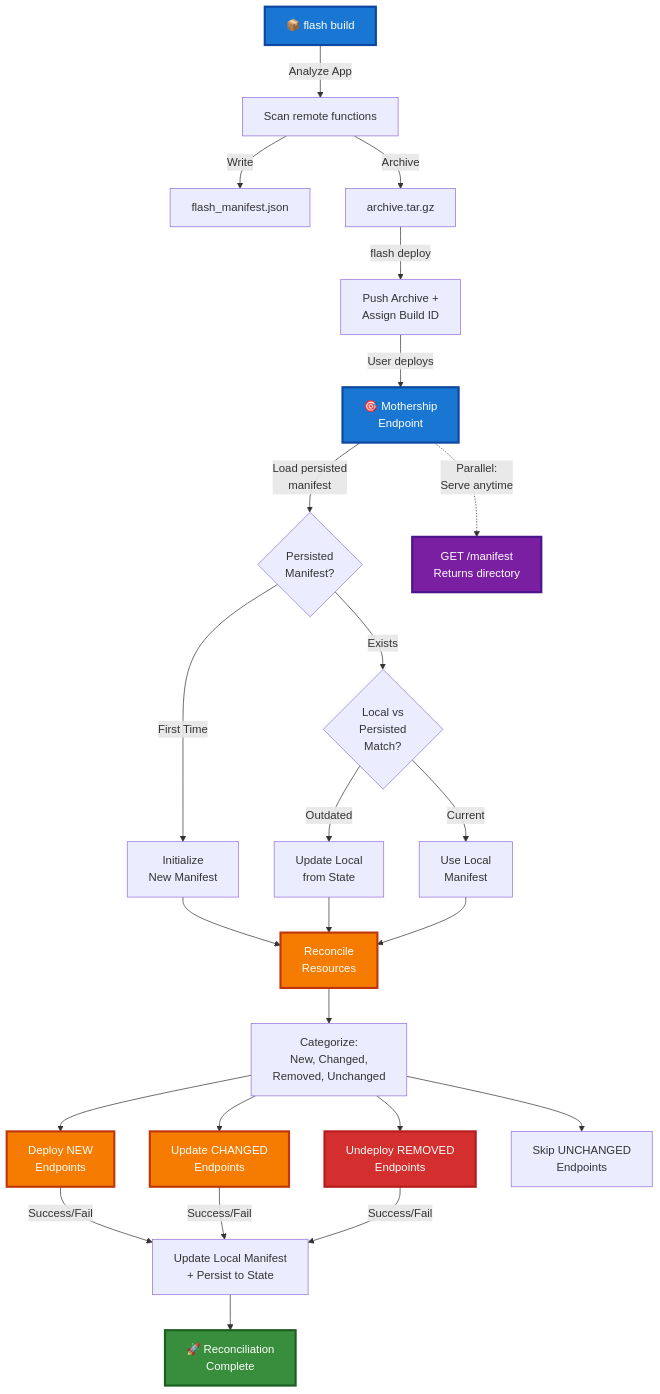
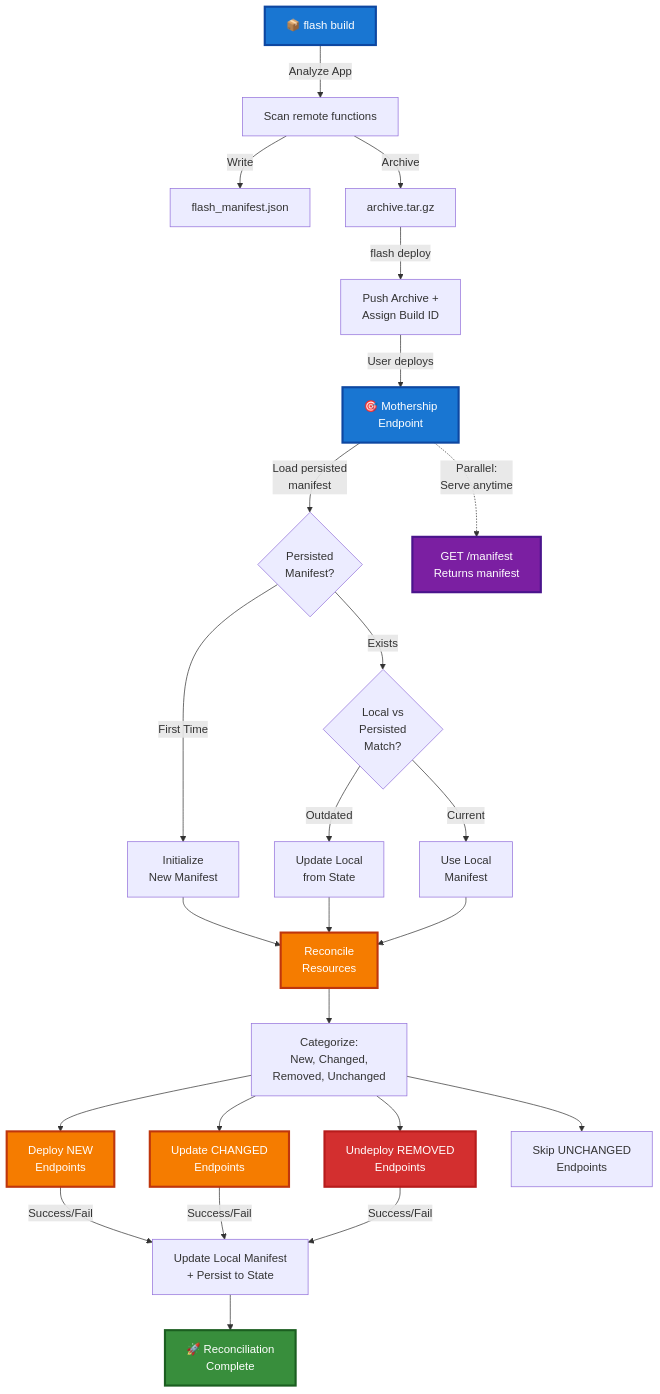
One commit to runpod/tetra-rp changed the first of 3 diagrams in docs/Deployment_Architecture.md. Above: the diagram before and after it, drawn with Mermaid. The commit also changed other lines of this file, not shown here.

Commit message:
docs(architecture): fix GET /manifest to show complete manifest structure for endpoint synchronization

````diff
--- a/docs/Deployment_Architecture.md
+++ b/docs/Deployment_Architecture.md
@@ -8,44 +8,44 @@
 ```mermaid
 graph TD
     A["📦 flash build"] -->|"Analyze App"| B["Scan remote functions"]
     B -->|"Write"| C["flash_manifest.json"]
     B -->|"Archive"| D["archive.tar.gz"]
 
     D -->|"flash deploy"| E["Push Archive +<br/>Assign Build ID"]
 
     E -->|"User deploys"| F["🎯 Mothership<br/>Endpoint"]
 
     F -->|"Load persisted<br/>manifest"| G{"Persisted<br/>Manifest?"}
     G -->|"First Time"| H["Initialize<br/>New Manifest"]
     G -->|"Exists"| I{"Local vs<br/>Persisted<br/>Match?"}
     I -->|"Outdated"| J["Update Local<br/>from State"]
     I -->|"Current"| K["Use Local<br/>Manifest"]
 
     H --> L["Reconcile<br/>Resources"]
     J --> L
     K --> L
 
     L --> M["Categorize:<br/>New, Changed,<br/>Removed, Unchanged"]
 
     M --> N["Deploy NEW<br/>Endpoints"]
     M --> O["Update CHANGED<br/>Endpoints"]
     M --> P["Undeploy REMOVED<br/>Endpoints"]
     M --> Q["Skip UNCHANGED<br/>Endpoints"]
 
     N -->|"Success/Fail"| R["Update Local Manifest<br/>+ Persist to State"]
     O -->|"Success/Fail"| R
     P -->|"Success/Fail"| R
 
     R --> S["🚀 Reconciliation<br/>Complete"]
 
-    F -.->|"Parallel:<br/>Serve anytime"| T["GET /manifest<br/>Returns directory"]
+    F -.->|"Parallel:<br/>Serve anytime"| T["GET /manifest<br/>Returns manifest"]
 
     style A fill:#1976d2,stroke:#0d47a1,stroke-width:3px,color:#fff
     style F fill:#1976d2,stroke:#0d47a1,stroke-width:3px,color:#fff
     style L fill:#f57c00,stroke:#bf360c,stroke-width:3px,color:#fff
     style N fill:#f57c00,stroke:#bf360c,stroke-width:3px,color:#fff
     style O fill:#f57c00,stroke:#bf360c,stroke-width:3px,color:#fff
     style P fill:#d32f2f,stroke:#b71c1c,stroke-width:3px,color:#fff
     style S fill:#388e3c,stroke:#1b5e20,stroke-width:3px,color:#fff
     style T fill:#7b1fa2,stroke:#4a148c,stroke-width:3px,color:#fff
 ```
````
